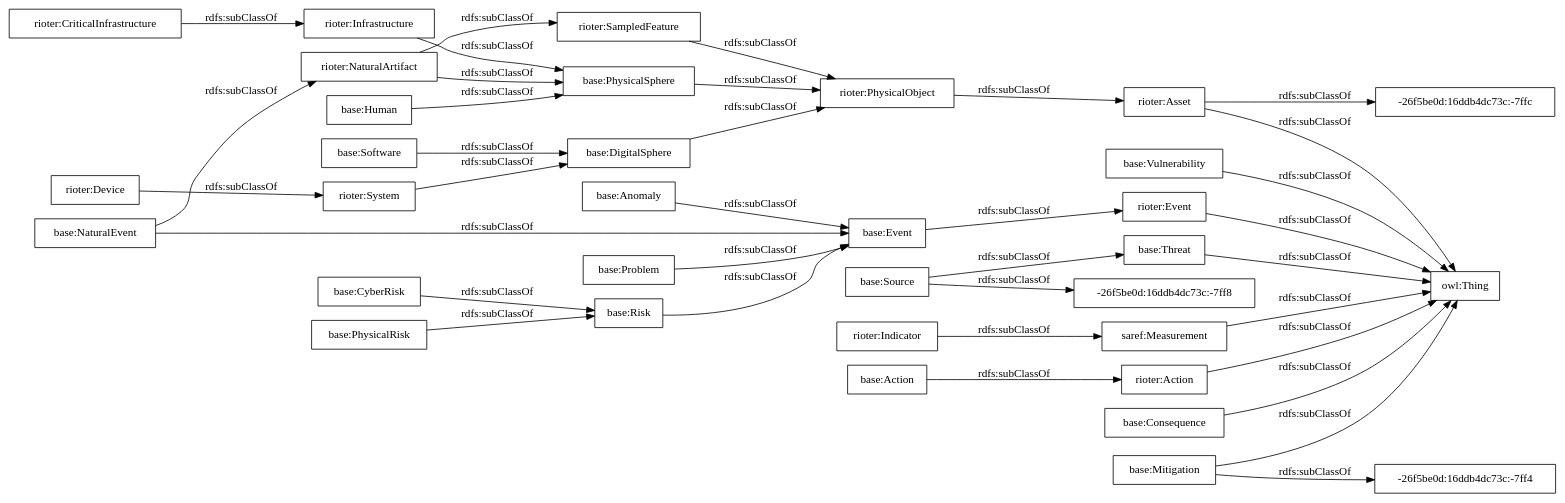
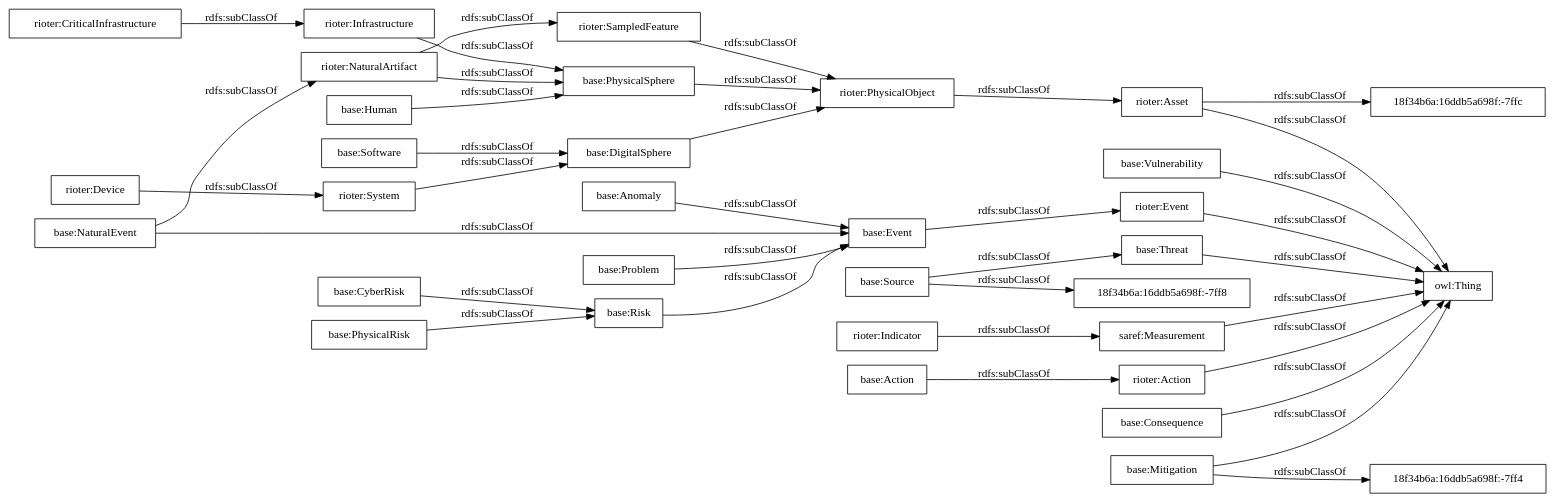
Before and after one commit to OnToologyUser/risk-ontology: the diagram in OnToology/risk.owl/diagrams/ar2dtool-taxonomy/risk.owl.png.dot, drawn with Graphviz. The commit also changed 5 other files, not shown here.

```diff
--- a/OnToology/risk.owl/diagrams/ar2dtool-taxonomy/risk.owl.png.dot
+++ b/OnToology/risk.owl/diagrams/ar2dtool-taxonomy/risk.owl.png.dot
@@ -1,40 +1,40 @@
 digraph ar2dtool_diagram { 
 rankdir=LR;
 size="1000"
-node [shape = rectangle, color="black"]; "base:DigitalSphere" "rioter:NaturalArtifact" "rioter:Device" "saref:Measurement" "base:Problem" "-26f5be0d:16ddb4dc73c:-7ffc" "rioter:PhysicalObject" "rioter:Action" "base:Consequence" "base:Risk" "rioter:Asset" "base:Source" "base:Event" "rioter:Indicator" "base:CyberRisk" "-26f5be0d:16ddb4dc73c:-7ff8" "base:Software" "rioter:System" "base:Vulnerability" "base:Anomaly" "rioter:Infrastructure" "rioter:SampledFeature" "base:PhysicalSphere" "rioter:CriticalInfrastructure" "base:NaturalEvent" "base:Threat" "base:Human" "-26f5be0d:16ddb4dc73c:-7ff4" "base:Action" "rioter:Event" "base:Mitigation" "base:PhysicalRisk" ; /*classes style*/
+node [shape = rectangle, color="black"]; "base:DigitalSphere" "rioter:NaturalArtifact" "rioter:Device" "saref:Measurement" "base:Problem" "rioter:PhysicalObject" "rioter:Action" "base:Consequence" "base:Risk" "rioter:Asset" "base:Source" "base:Event" "18f34b6a:16ddb5a698f:-7ff4" "rioter:Indicator" "base:CyberRisk" "base:Software" "18f34b6a:16ddb5a698f:-7ff8" "base:Vulnerability" "rioter:System" "base:Anomaly" "rioter:Infrastructure" "rioter:SampledFeature" "18f34b6a:16ddb5a698f:-7ffc" "base:PhysicalSphere" "rioter:CriticalInfrastructure" "base:NaturalEvent" "base:Threat" "base:Human" "base:Action" "rioter:Event" "base:Mitigation" "base:PhysicalRisk" ; /*classes style*/
 	"base:Threat" -> "owl:Thing" [ label = "rdfs:subClassOf" ];
 	"base:DigitalSphere" -> "rioter:PhysicalObject" [ label = "rdfs:subClassOf" ];
 	"base:Risk" -> "base:Event" [ label = "rdfs:subClassOf" ];
-	"rioter:Asset" -> "-26f5be0d:16ddb4dc73c:-7ffc" [ label = "rdfs:subClassOf" ];
+	"rioter:Asset" -> "18f34b6a:16ddb5a698f:-7ffc" [ label = "rdfs:subClassOf" ];
 	"rioter:Asset" -> "owl:Thing" [ label = "rdfs:subClassOf" ];
 	"base:Problem" -> "base:Event" [ label = "rdfs:subClassOf" ];
 	"rioter:PhysicalObject" -> "rioter:Asset" [ label = "rdfs:subClassOf" ];
 	"saref:Measurement" -> "owl:Thing" [ label = "rdfs:subClassOf" ];
 	"base:PhysicalSphere" -> "rioter:PhysicalObject" [ label = "rdfs:subClassOf" ];
 	"base:NaturalEvent" -> "rioter:NaturalArtifact" [ label = "rdfs:subClassOf" ];
 	"base:NaturalEvent" -> "base:Event" [ label = "rdfs:subClassOf" ];
 	"rioter:Action" -> "owl:Thing" [ label = "rdfs:subClassOf" ];
 	"base:CyberRisk" -> "base:Risk" [ label = "rdfs:subClassOf" ];
 	"base:Event" -> "rioter:Event" [ label = "rdfs:subClassOf" ];
 	"rioter:CriticalInfrastructure" -> "rioter:Infrastructure" [ label = "rdfs:subClassOf" ];
 	"base:Vulnerability" -> "owl:Thing" [ label = "rdfs:subClassOf" ];
 	"rioter:Device" -> "rioter:System" [ label = "rdfs:subClassOf" ];
 	"base:Consequence" -> "owl:Thing" [ label = "rdfs:subClassOf" ];
 	"base:Anomaly" -> "base:Event" [ label = "rdfs:subClassOf" ];
 	"rioter:NaturalArtifact" -> "rioter:SampledFeature" [ label = "rdfs:subClassOf" ];
 	"rioter:NaturalArtifact" -> "base:PhysicalSphere" [ label = "rdfs:subClassOf" ];
 	"rioter:System" -> "base:DigitalSphere" [ label = "rdfs:subClassOf" ];
-	"base:Mitigation" -> "-26f5be0d:16ddb4dc73c:-7ff4" [ label = "rdfs:subClassOf" ];
+	"base:Mitigation" -> "18f34b6a:16ddb5a698f:-7ff4" [ label = "rdfs:subClassOf" ];
 	"base:Mitigation" -> "owl:Thing" [ label = "rdfs:subClassOf" ];
 	"base:Software" -> "base:DigitalSphere" [ label = "rdfs:subClassOf" ];
 	"rioter:Indicator" -> "saref:Measurement" [ label = "rdfs:subClassOf" ];
 	"rioter:Event" -> "owl:Thing" [ label = "rdfs:subClassOf" ];
 	"rioter:SampledFeature" -> "rioter:PhysicalObject" [ label = "rdfs:subClassOf" ];
 	"base:PhysicalRisk" -> "base:Risk" [ label = "rdfs:subClassOf" ];
 	"base:Human" -> "base:PhysicalSphere" [ label = "rdfs:subClassOf" ];
 	"rioter:Infrastructure" -> "base:PhysicalSphere" [ label = "rdfs:subClassOf" ];
-	"base:Source" -> "-26f5be0d:16ddb4dc73c:-7ff8" [ label = "rdfs:subClassOf" ];
+	"base:Source" -> "18f34b6a:16ddb5a698f:-7ff8" [ label = "rdfs:subClassOf" ];
 	"base:Source" -> "base:Threat" [ label = "rdfs:subClassOf" ];
 	"base:Action" -> "rioter:Action" [ label = "rdfs:subClassOf" ];
 
 }
```
